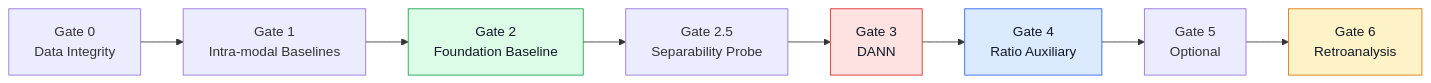
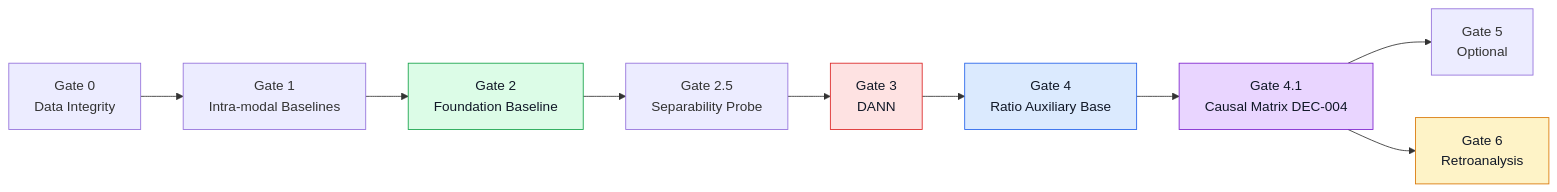
One commit to Mar-IA-no/Phideus changed the first of 2 diagrams in README.md. Above: the diagram before and after it, drawn with Mermaid. The commit also changed other lines of this file and 3 other files, not shown here.

Commit message:
docs: align BIAS_CONTROL docs with Gate 4.1 DEC-004

````diff
--- a/README.md
+++ b/README.md
@@ -53,15 +53,17 @@
 ```mermaid
 flowchart LR
   G0["Gate 0<br/>Data Integrity"] --> G1["Gate 1<br/>Intra-modal Baselines"]
   G1 --> G2["Gate 2<br/>Foundation Baseline"]
   G2 --> G25["Gate 2.5<br/>Separability Probe"]
   G25 --> G3["Gate 3<br/>DANN"]
-  G3 --> G4["Gate 4<br/>Ratio Auxiliary"]
-  G4 --> G5["Gate 5<br/>Optional"]
-  G5 --> G6["Gate 6<br/>Retroanalysis"]
+  G3 --> G4["Gate 4<br/>Ratio Auxiliary Base"]
+  G4 --> G41["Gate 4.1<br/>Causal Matrix DEC-004"]
+  G41 --> G5["Gate 5<br/>Optional"]
+  G41 --> G6["Gate 6<br/>Retroanalysis"]
 
   style G2 fill:#dcfce7,stroke:#16a34a,color:#111827
   style G3 fill:#fee2e2,stroke:#dc2626,color:#111827
   style G4 fill:#dbeafe,stroke:#2563eb,color:#111827
+  style G41 fill:#e9d5ff,stroke:#7e22ce,color:#111827
   style G6 fill:#fef3c7,stroke:#d97706,color:#111827
 ```
````
